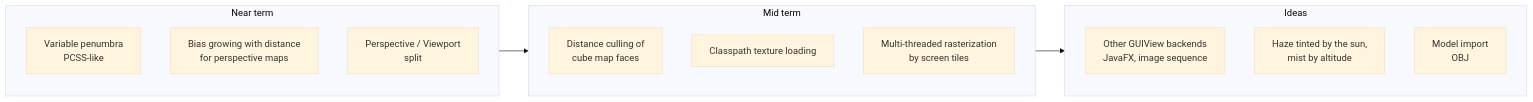
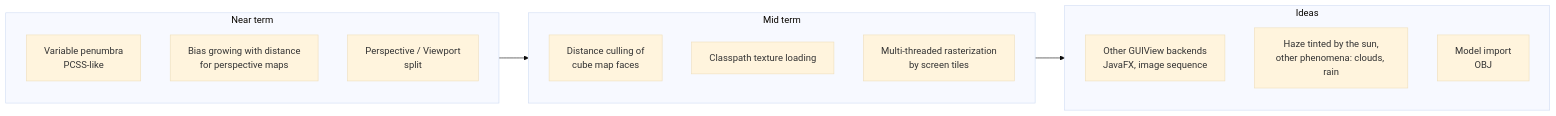
One commit to obarry/Aventura changed diagram 22 of 22 in docs/DESIGN.md. Above: the diagram before and after it, drawn with Mermaid (base theme). The commit also changed other lines of this file and 35 other files, not shown here.

````diff
--- a/docs/DESIGN.md
+++ b/docs/DESIGN.md
@@ -932,19 +1000,19 @@
 ```mermaid
 flowchart LR
     subgraph NOW["Near term"]
         n1[Variable penumbra<br/>PCSS-like]
         n2[Bias growing with distance<br/>for perspective maps]
         n4[Perspective / Viewport<br/>split]
     end
     subgraph NEXT["Mid term"]
         m1[Distance culling of<br/>cube map faces]
         m2[Classpath texture loading]
         m3[Multi-threaded rasterization<br/>by screen tiles]
     end
     subgraph LATER["Ideas"]
         l1[Other GUIView backends<br/>JavaFX, image sequence]
-        l2[Haze tinted by the sun,<br/>mist by altitude]
+        l2[Haze tinted by the sun,<br/>other phenomena: clouds, rain]
         l3[Model import<br/>OBJ]
     end
     NOW --> NEXT --> LATER
 ```
````
